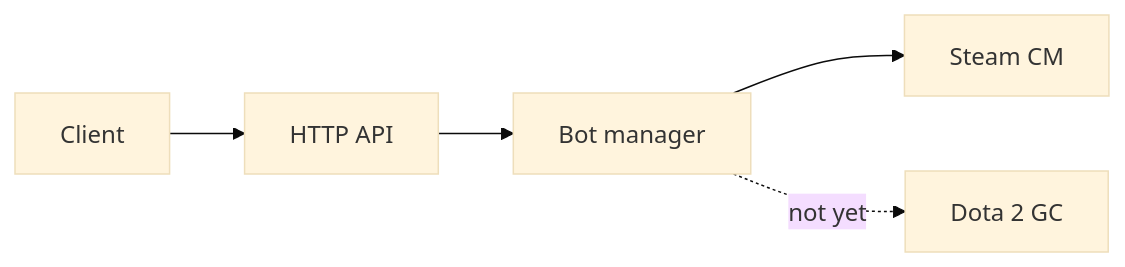
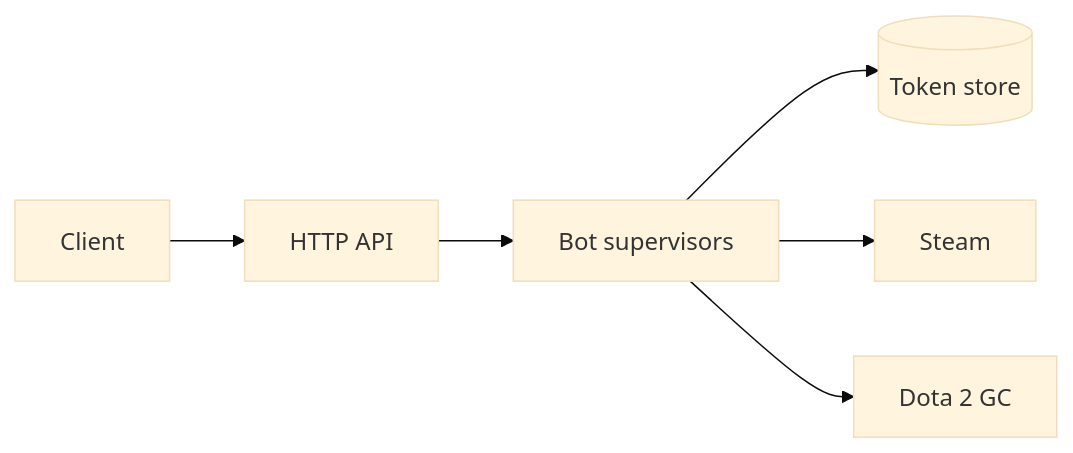
One commit to kettleofketchup/dota_lobby changed the diagram in docs/index.md. Above: the diagram before and after it, drawn with Mermaid (base theme). The commit also changed other lines of this file and 13 other files, not shown here.

````diff
--- a/docs/index.md
+++ b/docs/index.md
@@ -22,7 +18,8 @@
 ```mermaid
 flowchart LR
     Client[Client] --> API[HTTP API]
-    API --> Manager[Bot manager]
-    Manager --> CM[Steam CM]
-    Manager -.->|not yet| GC[Dota 2 GC]
+    API --> Sup[Bot supervisors]
+    Sup --> Store[(Token store)]
+    Sup --> CM[Steam]
+    Sup --> GC[Dota 2 GC]
 ```
````
